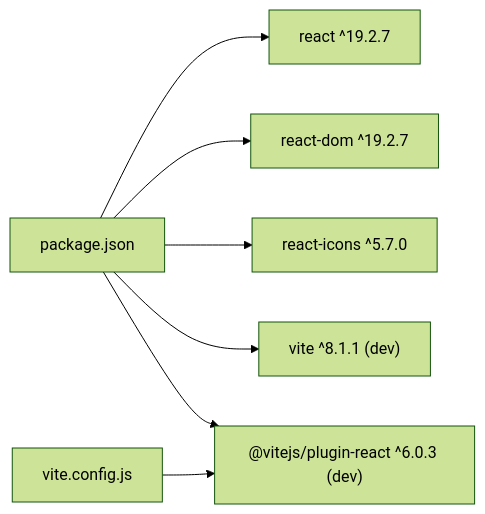
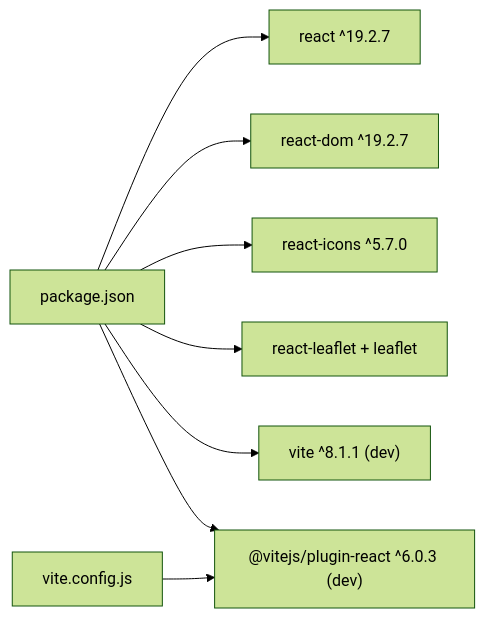
One commit to RobertRuas/nordic-worklog changed the eighth of 8 diagrams in .qoder/repowiki/en/content/Project Overview.md. Above: the diagram before and after it, drawn with Mermaid (forest theme). The commit also changed other lines of this file and 4 other files, not shown here.

````diff
--- a/.qoder/repowiki/en/content/Project Overview.md
+++ b/.qoder/repowiki/en/content/Project Overview.md
@@ -298,9 +346,10 @@
 ```mermaid
 graph LR
 Pkg["package.json"] --> React["react ^19.2.7"]
 Pkg --> ReactDOM["react-dom ^19.2.7"]
 Pkg --> ReactIcons["react-icons ^5.7.0"]
+Pkg --> Leaflet["react-leaflet + leaflet"]
 Pkg --> Vite["vite ^8.1.1 (dev)"]
 Pkg --> Plugin["@vitejs/plugin-react ^6.0.3 (dev)"]
 ViteCfg["vite.config.js"] --> Plugin
 ```
````
